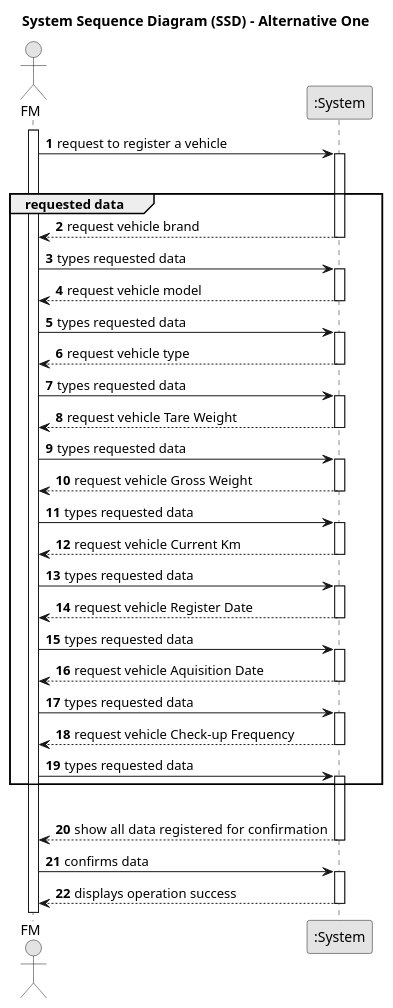
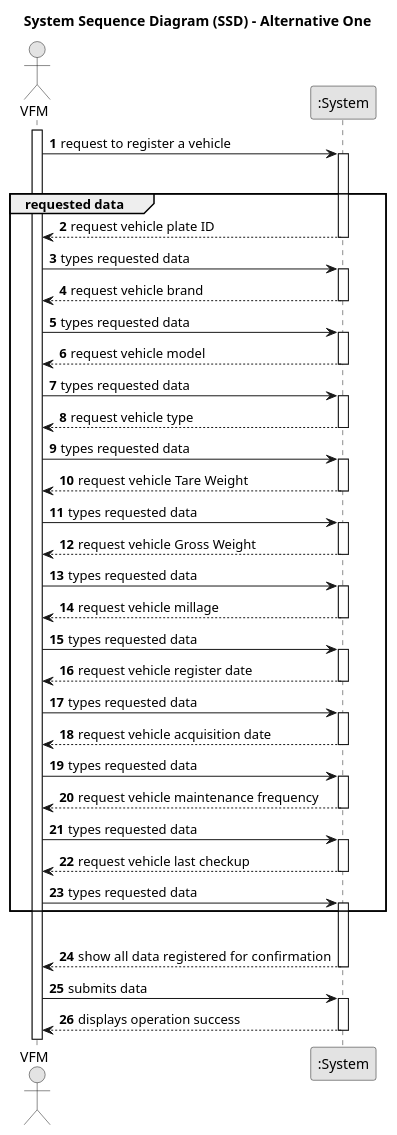
The diagram in docs/sprintB/us006/01.requirements-engineering/puml/us006-system-sequence-diagram-alternative-one.puml (SAEmanuel/Green_Spaces_Management_ISEP), drawn with PlantUML before and after one commit. The commit also changed 1 other file, not shown here.

Commit message:
US006 - desing (full diagram) v2.0.0

```diff
--- a/docs/sprintB/us006/01.requirements-engineering/puml/us006-system-sequence-diagram-alternative-one.puml
+++ b/docs/sprintB/us006/01.requirements-engineering/puml/us006-system-sequence-diagram-alternative-one.puml
@@ -1,87 +1,100 @@
-@startuml
+ººº@startuml
 skinparam monochrome true
 skinparam packageStyle rectangle
 skinparam shadowing false
 
 title System Sequence Diagram (SSD) - Alternative One
 
 autonumber
 
-actor "FM" as Employee
+actor "VFM" as Employee
 participant ":System" as System
 
 activate Employee
 
     Employee -> System : request to register a vehicle
     activate System
 
     |||
     group requested data
+
+    System --> Employee : request vehicle plate ID
+    deactivate System
+
+    Employee -> System : types requested data
+    activate System
+
     System --> Employee : request vehicle brand
     deactivate System
 
     Employee -> System : types requested data
     activate System
 
     System --> Employee : request vehicle model
     deactivate System
 
     Employee -> System : types requested data
     activate System
 
     System --> Employee : request vehicle type
     deactivate System
 
     Employee -> System : types requested data
     activate System
 
     System --> Employee : request vehicle Tare Weight
     deactivate System
 
     Employee -> System : types requested data
     activate System
 
     System --> Employee : request vehicle Gross Weight
     deactivate System
 
     Employee -> System : types requested data
     activate System
 
-    System --> Employee : request vehicle Current Km
+    System --> Employee : request vehicle millage
     deactivate System
 
     Employee -> System : types requested data
     activate System
 
-    System --> Employee : request vehicle Register Date
+    System --> Employee : request vehicle register date
     deactivate System
 
     Employee -> System : types requested data
     activate System
 
-    System --> Employee : request vehicle Aquisition Date
+    System --> Employee : request vehicle acquisition date
     deactivate System
 
     Employee -> System : types requested data
     activate System
 
-    System --> Employee : request vehicle Check-up Frequency
-
+    System --> Employee : request vehicle maintenance frequency
     deactivate System
 
     Employee -> System : types requested data
     activate System
+
+    System --> Employee : request vehicle last checkup
+    deactivate System
+
+    Employee -> System : types requested data
+    activate System
+
     end
     |||
 
 
         System --> Employee : show all data registered  for confirmation
     deactivate System
 
-    Employee -> System : confirms data
+    Employee -> System : submits data
     activate System
 
         System --> Employee : displays operation success
     deactivate System
 
 @enduml
```
